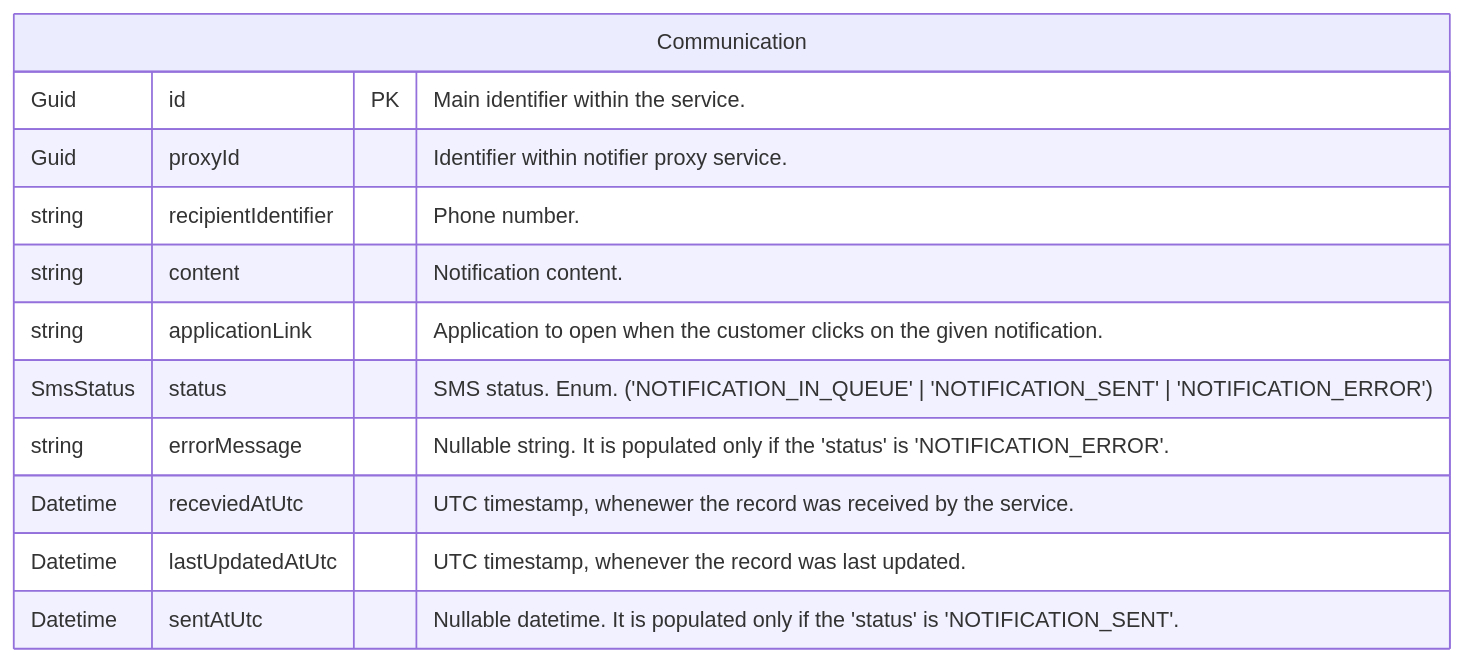
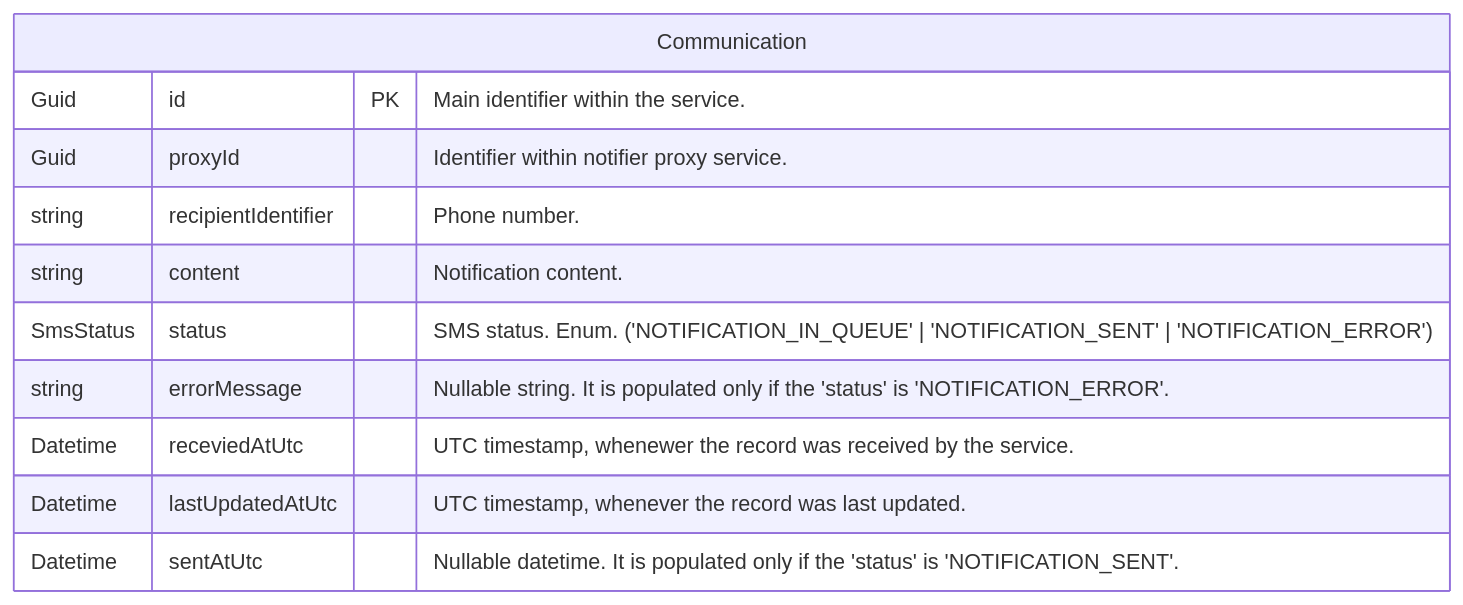
One commit to wraithlight/wraithlight-mono changed the diagram in docs/database/communications/sms-sender.md. Above: the diagram before and after it, drawn with Mermaid. The commit also changed 4 other files, not shown here.

````diff
--- a/docs/database/communications/sms-sender.md
+++ b/docs/database/communications/sms-sender.md
@@ -3,17 +3,16 @@
 ```mermaid
 
 erDiagram
     Communication {
         Guid id PK "Main identifier within the service."
         Guid proxyId "Identifier within notifier proxy service."
         string recipientIdentifier "Phone number."
         string content "Notification content."
-        string applicationLink "Application to open when the customer clicks on the given notification."
         SmsStatus status "SMS status. Enum. ('NOTIFICATION_IN_QUEUE' | 'NOTIFICATION_SENT' | 'NOTIFICATION_ERROR')"
         string errorMessage "Nullable string. It is populated only if the 'status' is 'NOTIFICATION_ERROR'."
         Datetime receviedAtUtc "UTC timestamp, whenewer the record was received by the service."
         Datetime lastUpdatedAtUtc "UTC timestamp, whenever the record was last updated."
         Datetime sentAtUtc "Nullable datetime. It is populated only if the 'status' is 'NOTIFICATION_SENT'."
     }
 
 ```
````
